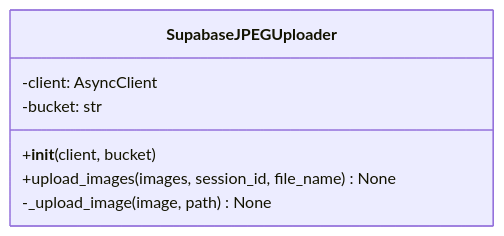
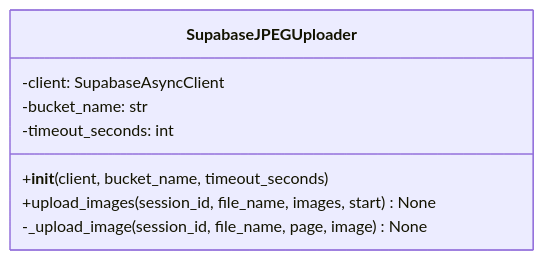
Before and after one commit to akosgintl/colpali-rag-app: the second of 6 diagrams in docs/modules/services.md, drawn with Mermaid. The commit also changed other lines of this file and 42 other files, not shown here.

````diff
--- a/docs/modules/services.md
+++ b/docs/modules/services.md
@@ -46,11 +46,12 @@
 ```mermaid
 classDiagram
     class SupabaseJPEGUploader {
-        -client: AsyncClient
-        -bucket: str
+        -client: SupabaseAsyncClient
+        -bucket_name: str
+        -timeout_seconds: int
 
-        +__init__(client, bucket)
-        +upload_images(images, session_id, file_name) None
-        -_upload_image(image, path) None
+        +__init__(client, bucket_name, timeout_seconds)
+        +upload_images(session_id, file_name, images, start) None
+        -_upload_image(session_id, file_name, page, image) None
     }
 ```
````
